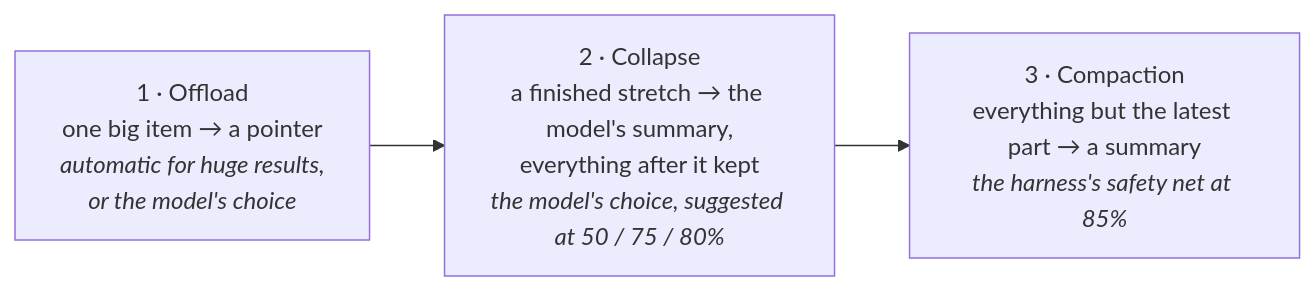
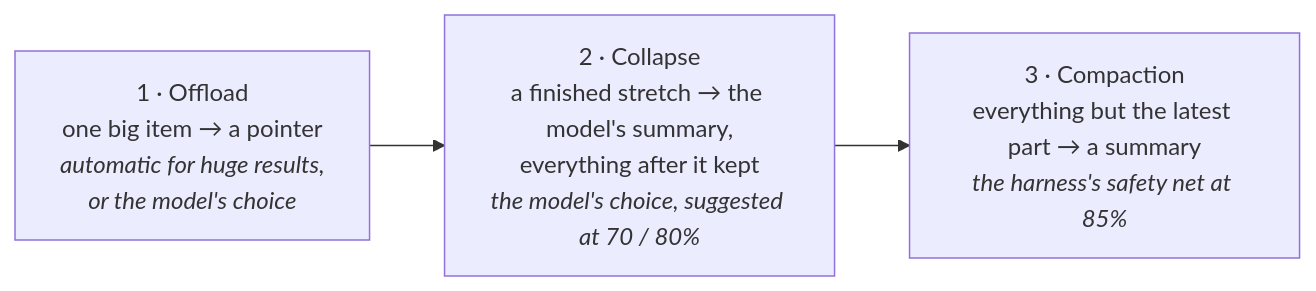
Before and after one commit to nemanjan00/meatless-proxy: the first of 8 diagrams in CONTEXT.md, drawn with Mermaid. The commit also changed other lines of this file and 16 other files, not shown here.

````diff
--- a/CONTEXT.md
+++ b/CONTEXT.md
@@ -79,4 +79,4 @@
 ```mermaid
 flowchart LR
-    A["1 · Offload<br/>one big item → a pointer<br/><i>automatic for huge results,<br/>or the model's choice</i>"] --> B["2 · Collapse<br/>a finished stretch → the model's summary,<br/>everything after it kept<br/><i>the model's choice, suggested at 50 / 75 / 80%</i>"] --> C["3 · Compaction<br/>everything but the latest part → a summary<br/><i>the harness's safety net at 85%</i>"]
+    A["1 · Offload<br/>one big item → a pointer<br/><i>automatic for huge results,<br/>or the model's choice</i>"] --> B["2 · Collapse<br/>a finished stretch → the model's summary,<br/>everything after it kept<br/><i>the model's choice, suggested at 70 / 80%</i>"] --> C["3 · Compaction<br/>everything but the latest part → a summary<br/><i>the harness's safety net at 85%</i>"]
 ```
````
